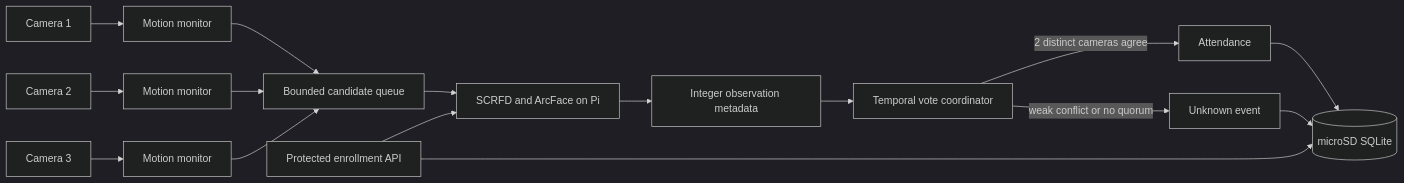
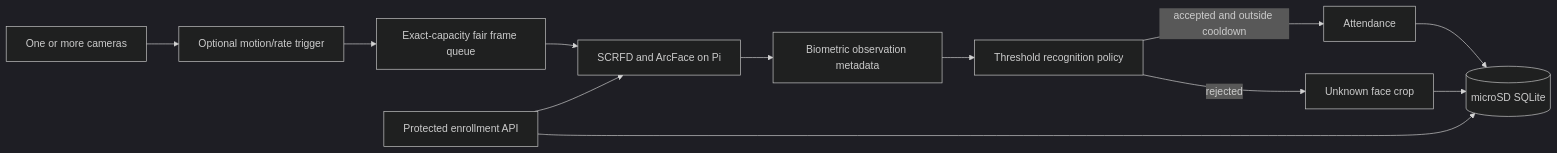
The diagram in docs/ARCHITECTURE.md (kairos-phd/Smart-Attendance-Pi4-multiple-cams), drawn with Mermaid (dark theme) before and after one commit. The commit also changed other lines of this file and 59 other files, not shown here.

````diff
--- a/docs/ARCHITECTURE.md
+++ b/docs/ARCHITECTURE.md
@@ -3,18 +3,14 @@
 ```mermaid
 flowchart LR
-  C1[Camera 1] --> M1[Motion monitor]
-  C2[Camera 2] --> M2[Motion monitor]
-  C3[Camera 3] --> M3[Motion monitor]
-  M1 --> Q[Bounded candidate queue]
-  M2 --> Q
-  M3 --> Q
+  C[One or more cameras] --> M[Optional motion/rate trigger]
+  M --> Q[Exact-capacity fair frame queue]
   Q --> AI[SCRFD and ArcFace on Pi]
-  AI --> O[Integer observation metadata]
-  O --> V[Temporal vote coordinator]
-  V -->|2 distinct cameras agree| A[Attendance]
-  V -->|weak conflict or no quorum| U[Unknown event]
+  AI --> O[Biometric observation metadata]
+  O --> P[Threshold recognition policy]
+  P -->|accepted and outside cooldown| A[Attendance]
+  P -->|rejected| U[Unknown face crop]
   A --> DB[(microSD SQLite)]
   U --> DB
   API[Protected enrollment API] --> AI
   API --> DB
 ```
````
